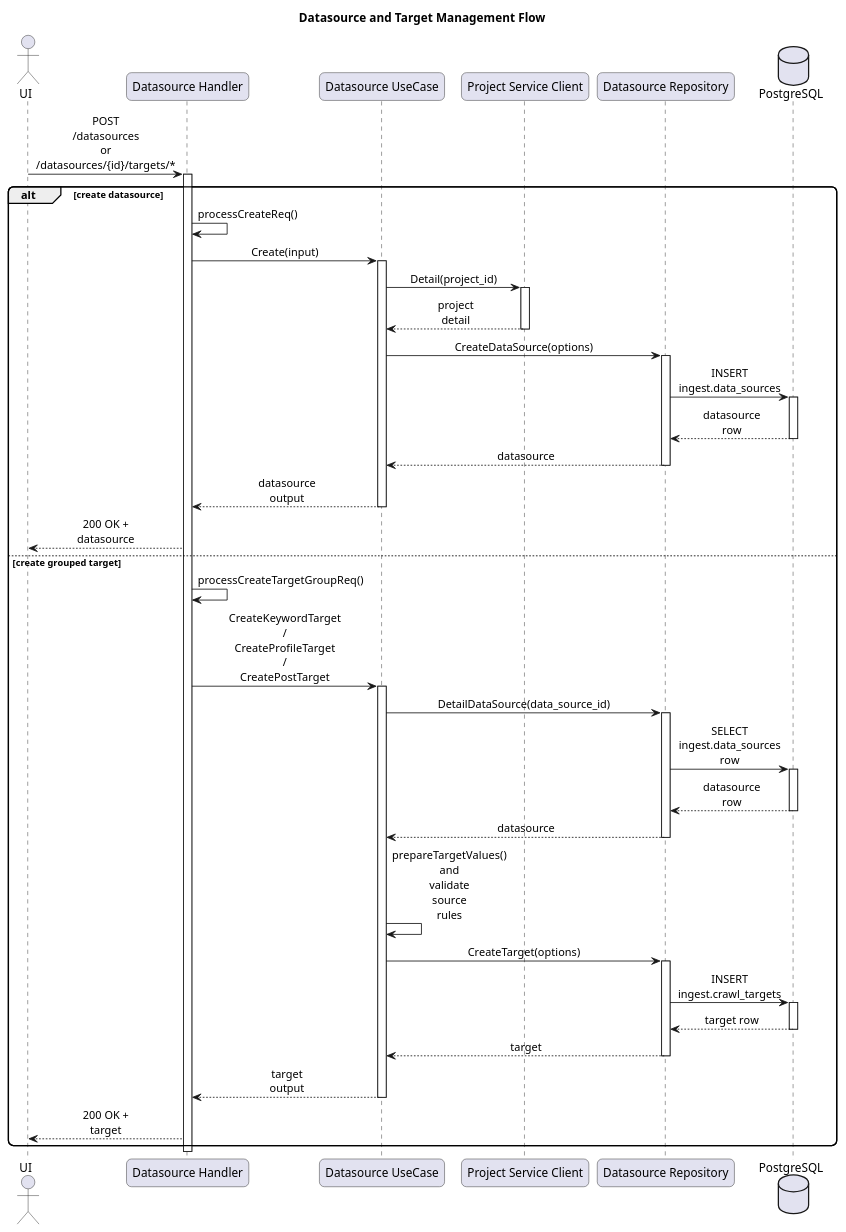
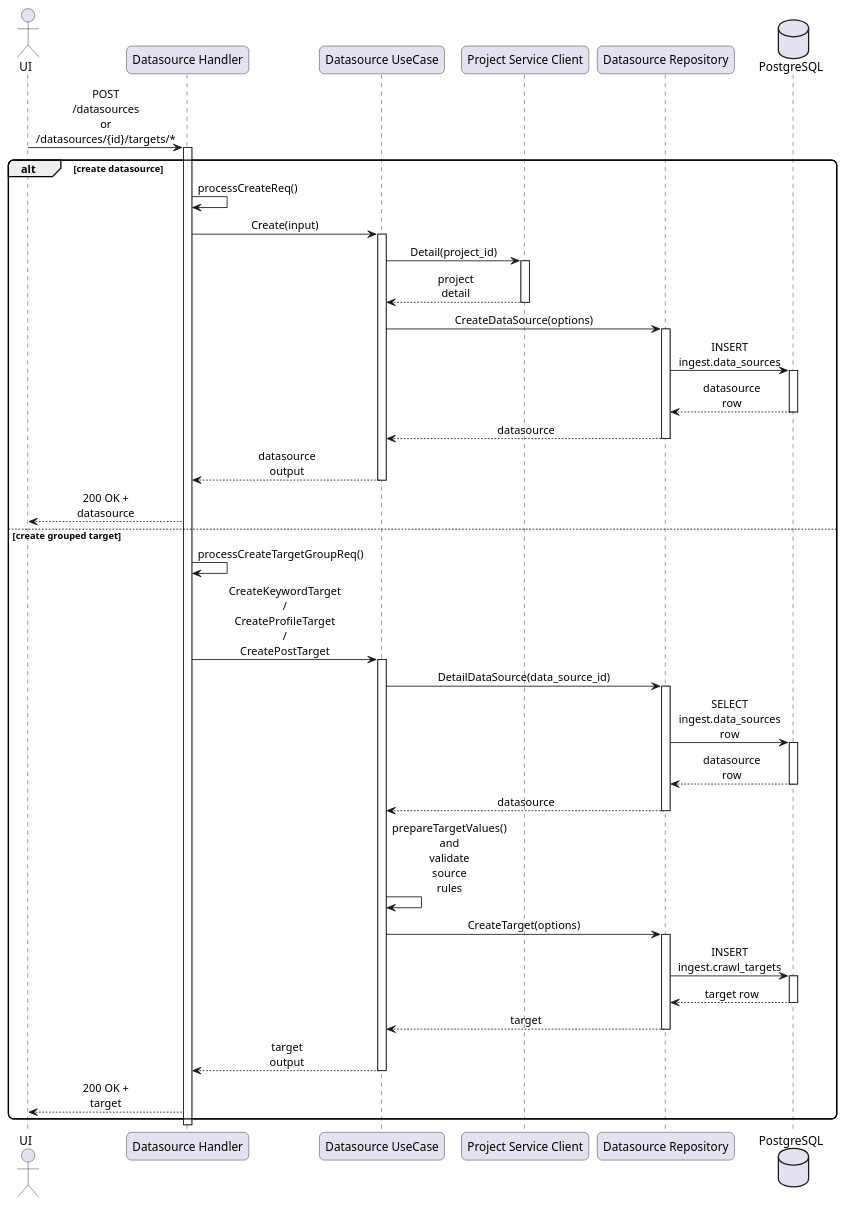
Before and after one commit to smap-hcmut/report: the diagram in final-report/images/chapter_5/seq-ingest-datasource-target-flow.puml, drawn with PlantUML. The commit also changed 67 other files, not shown here.

```diff
--- a/final-report/images/chapter_5/seq-ingest-datasource-target-flow.puml
+++ b/final-report/images/chapter_5/seq-ingest-datasource-target-flow.puml
@@ -1,66 +1,65 @@
 @startuml
-title Datasource and Target Management Flow
 skinparam defaultFontName Arial
 skinparam shadowing false
 skinparam sequenceMessageAlign center
 skinparam responseMessageBelowArrow true
 skinparam maxMessageSize 70
 skinparam roundcorner 12
 
 actor "UI" as UI
 participant "Datasource Handler" as Handler
 participant "Datasource UseCase" as DatasourceUC
 participant "Project Service Client" as ProjectClient
 participant "Datasource Repository" as DatasourceRepo
 database "PostgreSQL" as PostgreSQL
 
 UI -> Handler : POST /datasources or /datasources/{id}/targets/*
 activate Handler
 
 alt create datasource
   Handler -> Handler : processCreateReq()
   Handler -> DatasourceUC : Create(input)
   activate DatasourceUC
   DatasourceUC -> ProjectClient : Detail(project_id)
   activate ProjectClient
   ProjectClient --> DatasourceUC : project detail
   deactivate ProjectClient
   DatasourceUC -> DatasourceRepo : CreateDataSource(options)
   activate DatasourceRepo
   DatasourceRepo -> PostgreSQL : INSERT ingest.data_sources
   activate PostgreSQL
   PostgreSQL --> DatasourceRepo : datasource row
   deactivate PostgreSQL
   DatasourceRepo --> DatasourceUC : datasource
   deactivate DatasourceRepo
   DatasourceUC --> Handler : datasource output
   deactivate DatasourceUC
   Handler --> UI : 200 OK + datasource
 else create grouped target
   Handler -> Handler : processCreateTargetGroupReq()
   Handler -> DatasourceUC : CreateKeywordTarget / CreateProfileTarget / CreatePostTarget
   activate DatasourceUC
   DatasourceUC -> DatasourceRepo : DetailDataSource(data_source_id)
   activate DatasourceRepo
   DatasourceRepo -> PostgreSQL : SELECT ingest.data_sources row
   activate PostgreSQL
   PostgreSQL --> DatasourceRepo : datasource row
   deactivate PostgreSQL
   DatasourceRepo --> DatasourceUC : datasource
   deactivate DatasourceRepo
   DatasourceUC -> DatasourceUC : prepareTargetValues() and validate source rules
   DatasourceUC -> DatasourceRepo : CreateTarget(options)
   activate DatasourceRepo
   DatasourceRepo -> PostgreSQL : INSERT ingest.crawl_targets
   activate PostgreSQL
   PostgreSQL --> DatasourceRepo : target row
   deactivate PostgreSQL
   DatasourceRepo --> DatasourceUC : target
   deactivate DatasourceRepo
   DatasourceUC --> Handler : target output
   deactivate DatasourceUC
   Handler --> UI : 200 OK + target
 end
 
 deactivate Handler
 @enduml
```
